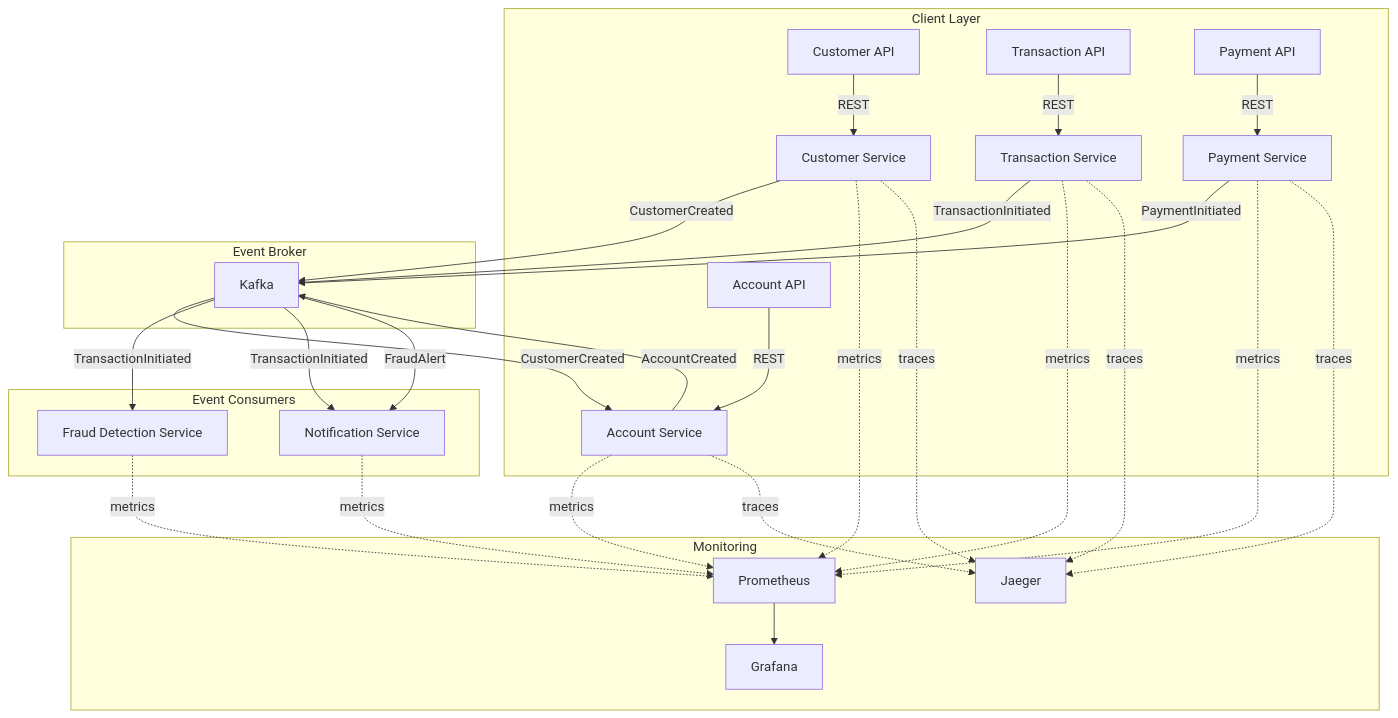
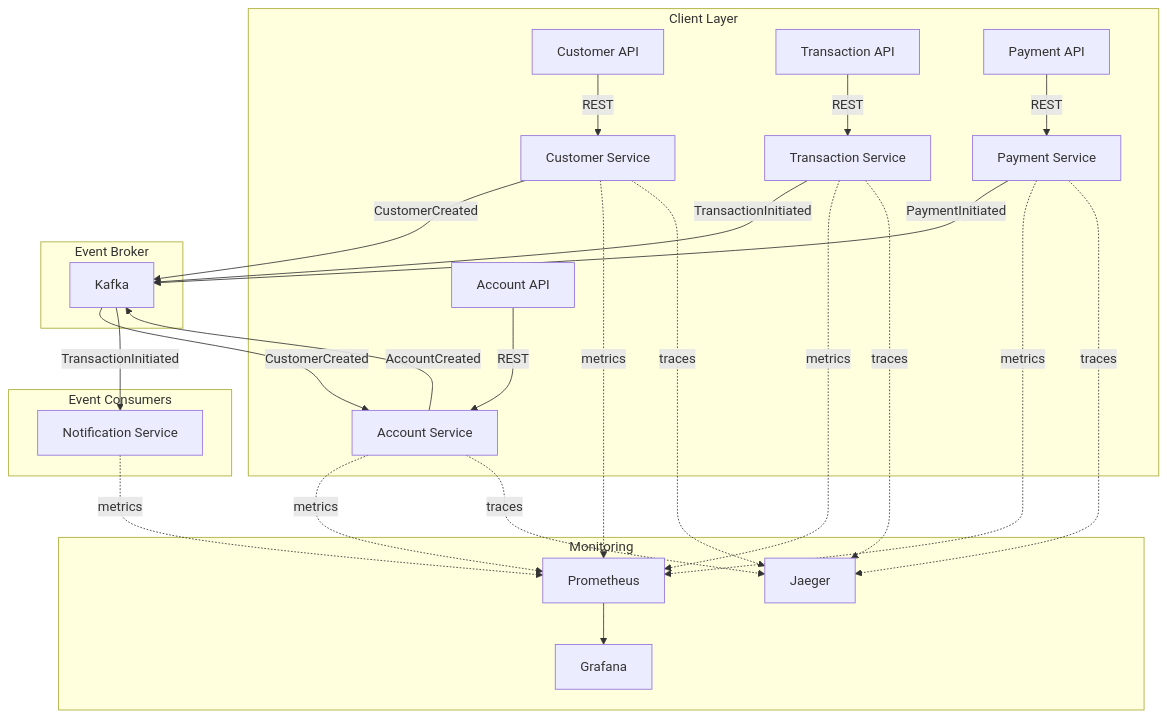
The diagram in README.md (sevillacesar/spring-boot-event-driven-banking), drawn with Mermaid before and after one commit. The commit also changed other lines of this file and 15 other files, not shown here.

First line of the commit message:
chore: remove fraud-detection-service

````diff
--- a/README.md
+++ b/README.md
@@ -58,47 +57,43 @@
 ```mermaid
 graph TB
     subgraph "Client Layer"
         A[Customer API] -->|REST| CS[Customer Service]
         B[Account API] -->|REST| AS[Account Service]
         C[Transaction API] -->|REST| TS[Transaction Service]
         PAPI[Payment API] -->|REST| PS[Payment Service]
     end
 
     subgraph "Event Broker"
         K[Kafka]
     end
 
     subgraph "Event Consumers"
         NS[Notification Service]
-        FS[Fraud Detection Service]
     end
 
     subgraph "Monitoring"
         P[Prometheus]
         G[Grafana]
         J[Jaeger]
     end
 
     CS -->|CustomerCreated| K
     AS -->|AccountCreated| K
     TS -->|TransactionInitiated| K
     PS -->|PaymentInitiated| K
 
     K -->|CustomerCreated| AS
-    K -->|TransactionInitiated| FS
     K -->|TransactionInitiated| NS
-    K -->|FraudAlert| NS
 
     CS -.->|metrics| P
     AS -.->|metrics| P
     TS -.->|metrics| P
     NS -.->|metrics| P
-    FS -.->|metrics| P
     PS -.->|metrics| P
 
     P --> G
     CS -.->|traces| J
     AS -.->|traces| J
     TS -.->|traces| J
     PS -.->|traces| J
 ```
````
